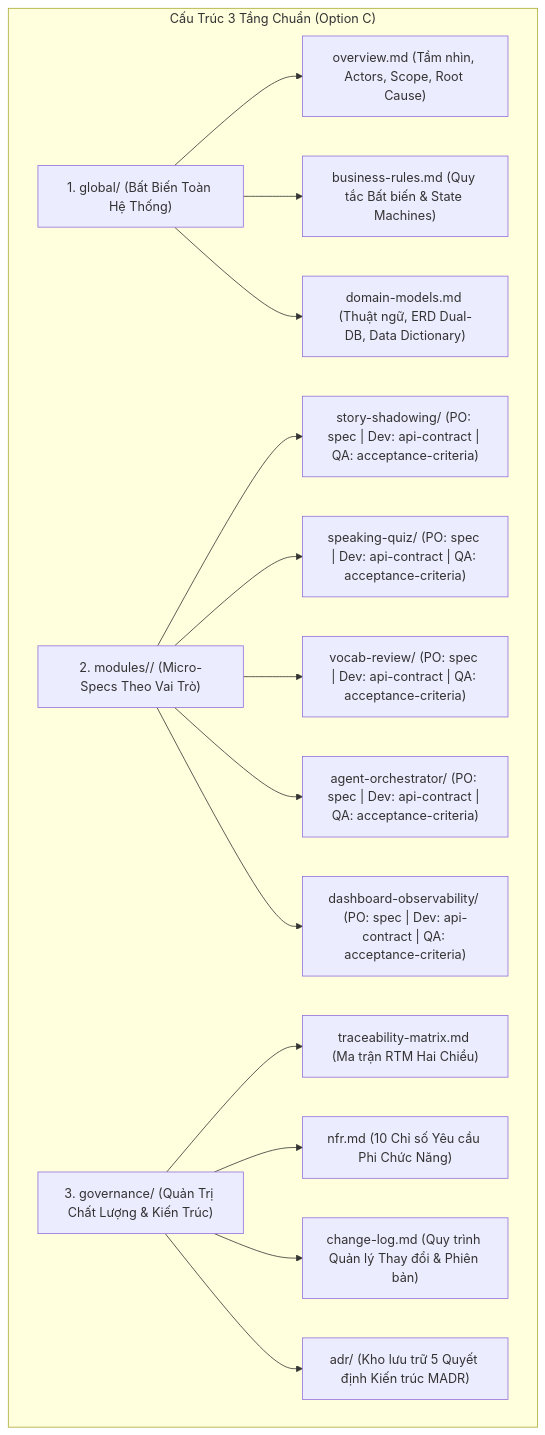
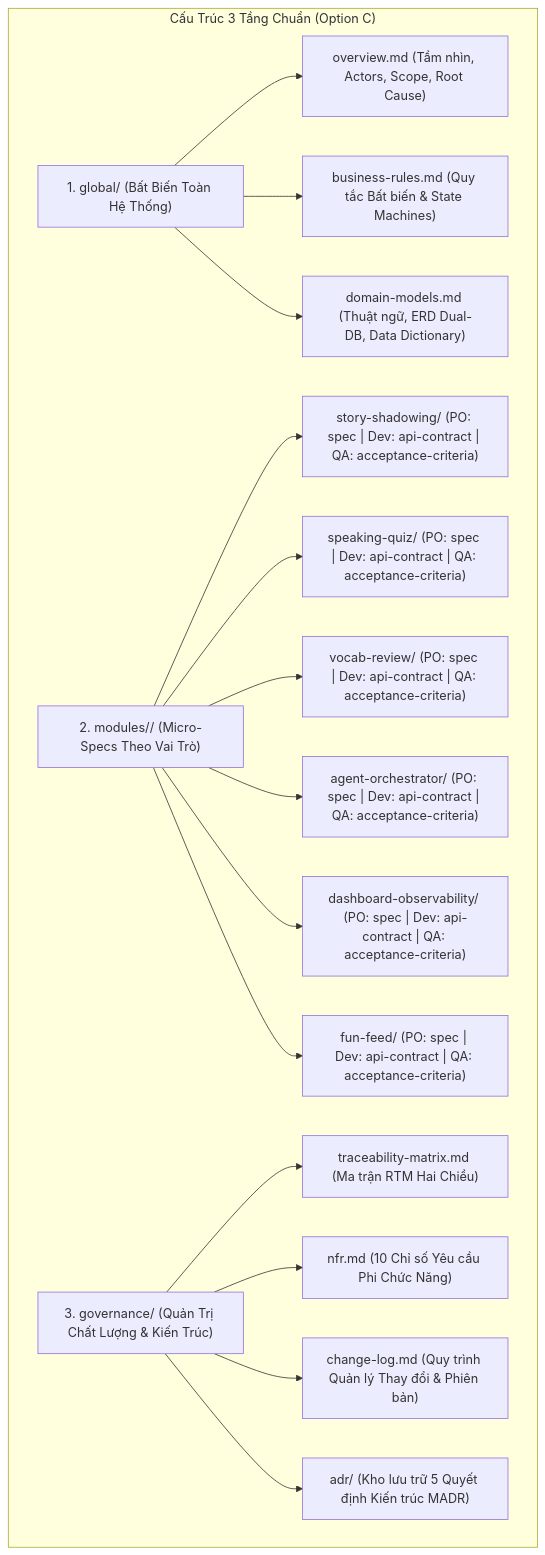
The first of 2 diagrams in requirements/README.md (vuanhtu1993/aha-mind-agents), drawn with Mermaid before and after one commit. The commit also changed other lines of this file and 4 other files, not shown here.

Commit message:
docs(requirements): add Fun Feed module specs, api contract, acceptance criteria, and aha-tools integration contract

````diff
--- a/requirements/README.md
+++ b/requirements/README.md
@@ -15,19 +15,20 @@
 ```mermaid
 graph TD
     subgraph ArchitectureTree ["Cấu Trúc 3 Tầng Chuẩn (Option C)"]
         G["1. global/ (Bất Biến Toàn Hệ Thống)"] --> G1["overview.md (Tầm nhìn, Actors, Scope, Root Cause)"]
         G --> G2["business-rules.md (Quy tắc Bất biến & State Machines)"]
         G --> G3["domain-models.md (Thuật ngữ, ERD Dual-DB, Data Dictionary)"]
         
         M["2. modules/<name>/ (Micro-Specs Theo Vai Trò)"] --> M1["story-shadowing/ (PO: spec | Dev: api-contract | QA: acceptance-criteria)"]
         M --> M2["speaking-quiz/ (PO: spec | Dev: api-contract | QA: acceptance-criteria)"]
         M --> M3["vocab-review/ (PO: spec | Dev: api-contract | QA: acceptance-criteria)"]
         M --> M4["agent-orchestrator/ (PO: spec | Dev: api-contract | QA: acceptance-criteria)"]
         M --> M5["dashboard-observability/ (PO: spec | Dev: api-contract | QA: acceptance-criteria)"]
+        M --> M6["fun-feed/ (PO: spec | Dev: api-contract | QA: acceptance-criteria)"]
         
         Gov["3. governance/ (Quản Trị Chất Lượng & Kiến Trúc)"] --> Gov1["traceability-matrix.md (Ma trận RTM Hai Chiều)"]
         Gov --> Gov2["nfr.md (10 Chỉ số Yêu cầu Phi Chức Năng)"]
         Gov --> Gov3["change-log.md (Quy trình Quản lý Thay đổi & Phiên bản)"]
         Gov --> Gov4["adr/ (Kho lưu trữ 5 Quyết định Kiến trúc MADR)"]
     end
 ```
````
